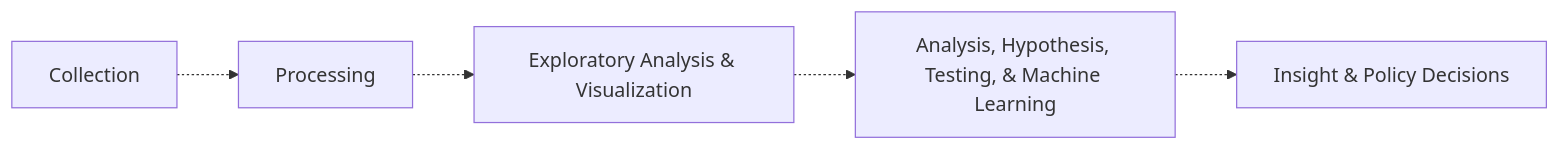
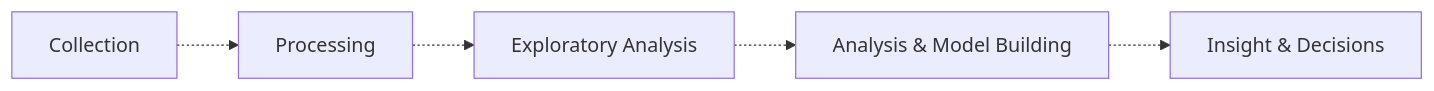
Before and after one commit to shuyelin06/Obsidian-Notes: the diagram in content/Classes/CMSC320/CMSC320Working.md, drawn with Mermaid. The commit also changed other lines of this file and 1 other file, not shown here.

Commit message:
Quartz sync: Jan 26, 2024, 7:06 PM

````diff
--- a/content/Classes/CMSC320/CMSC320Working.md
+++ b/content/Classes/CMSC320/CMSC320Working.md
@@ -26,10 +26,10 @@
 ```mermaid
 graph LR
       1[Collection];
       2[Processing];
-      3[Exploratory Analysis & Visualization];
-      4[Analysis, Hypothesis, Testing, & Machine Learning];
-      5[Insight & Policy Decisions];
+      3[Exploratory Analysis];
+      4[Analysis & Model Building];
+      5[Insight & Decisions];
 
       1 -.-> 2 -.-> 3 -.-> 4 -.-> 5;   
 ```
````
